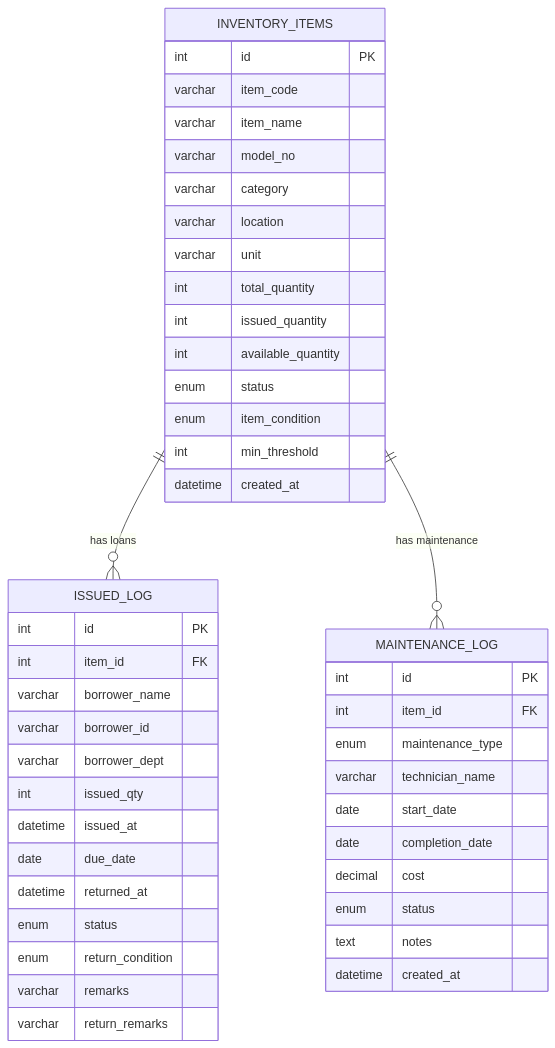
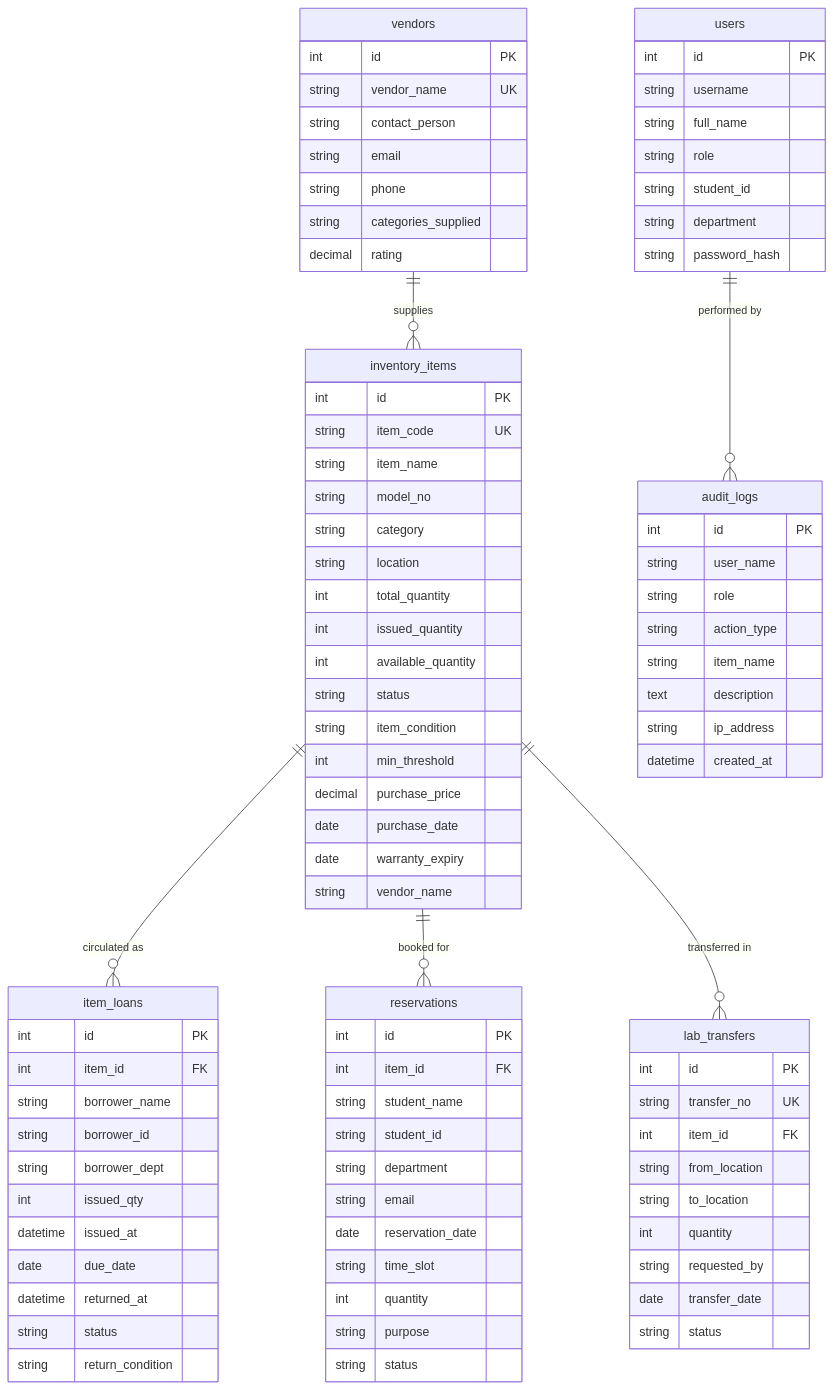
One commit to Prajwal-2307/lab-inventory-management changed the second of 2 diagrams in WALKTHROUGH.md. Above: the diagram before and after it, drawn with Mermaid. The commit also changed other lines of this file and 29 other files, not shown here.

Commit message:
feat: complete Phase 3 & 4 - Reservations, Multi-Lab Transfers, Procurement & Vendors, Audit Logs, and QR Scanning

````diff
--- a/WALKTHROUGH.md
+++ b/WALKTHROUGH.md
@@ -114,51 +104,92 @@
 ```mermaid
 erDiagram
-    INVENTORY_ITEMS ||--o{ ISSUED_LOG : "has loans"
-    INVENTORY_ITEMS ||--o{ MAINTENANCE_LOG : "has maintenance"
-
-    INVENTORY_ITEMS {
+    users {
         int id PK
-        varchar item_code
-        varchar item_name
-        varchar model_no
-        varchar category
-        varchar location
-        varchar unit
+        string username
+        string full_name
+        string role
+        string student_id
+        string department
+        string password_hash
+    }
+    inventory_items {
+        int id PK
+        string item_code UK
+        string item_name
+        string model_no
+        string category
+        string location
         int total_quantity
         int issued_quantity
         int available_quantity
-        enum status
-        enum item_condition
+        string status
+        string item_condition
         int min_threshold
-        datetime created_at
+        decimal purchase_price
+        date purchase_date
+        date warranty_expiry
+        string vendor_name
     }
-
-    ISSUED_LOG {
+    item_loans {
         int id PK
         int item_id FK
-        varchar borrower_name
-        varchar borrower_id
-        varchar borrower_dept
+        string borrower_name
+        string borrower_id
+        string borrower_dept
         int issued_qty
         datetime issued_at
         date due_date
         datetime returned_at
-        enum status
-        enum return_condition
-        varchar remarks
-        varchar return_remarks
+        string status
+        string return_condition
+    }
+    reservations {
+        int id PK
+        int item_id FK
+        string student_name
+        string student_id
+        string department
+        string email
+        date reservation_date
+        string time_slot
+        int quantity
+        string purpose
+        string status
+    }
+    lab_transfers {
+        int id PK
+        string transfer_no UK
+        int item_id FK
+        string from_location
+        string to_location
+        int quantity
+        string requested_by
+        date transfer_date
+        string status
+    }
+    vendors {
+        int id PK
+        string vendor_name UK
+        string contact_person
+        string email
+        string phone
+        string categories_supplied
+        decimal rating
+    }
+    audit_logs {
+        int id PK
+        string user_name
+        string role
+        string action_type
+        string item_name
+        text description
+        string ip_address
+        datetime created_at
     }
 
-    MAINTENANCE_LOG {
-        int id PK
-        int item_id FK
-        enum maintenance_type
-        varchar technician_name
-        date start_date
-        date completion_date
-        decimal cost
-        enum status
-        text notes
-        datetime created_at
-    }
+    inventory_items ||--o{ item_loans : "circulated as"
+    inventory_items ||--o{ reservations : "booked for"
+    inventory_items ||--o{ lab_transfers : "transferred in"
+    vendors ||--o{ inventory_items : "supplies"
+    users ||--o{ audit_logs : "performed by"
 ```
````
